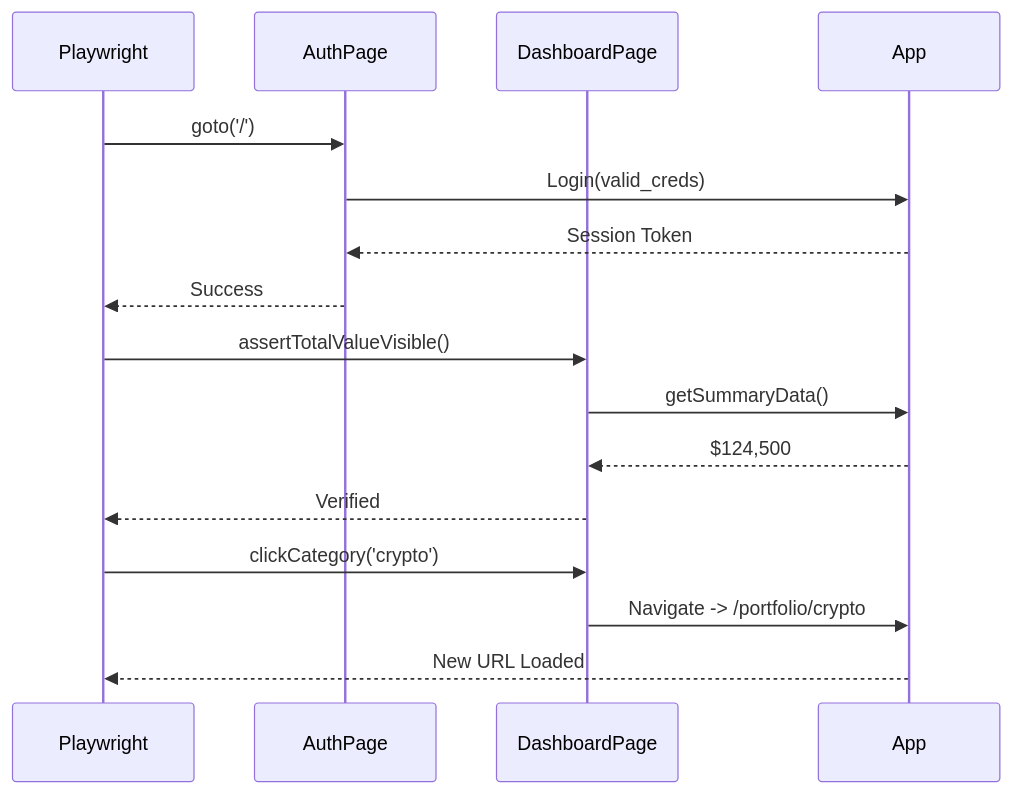
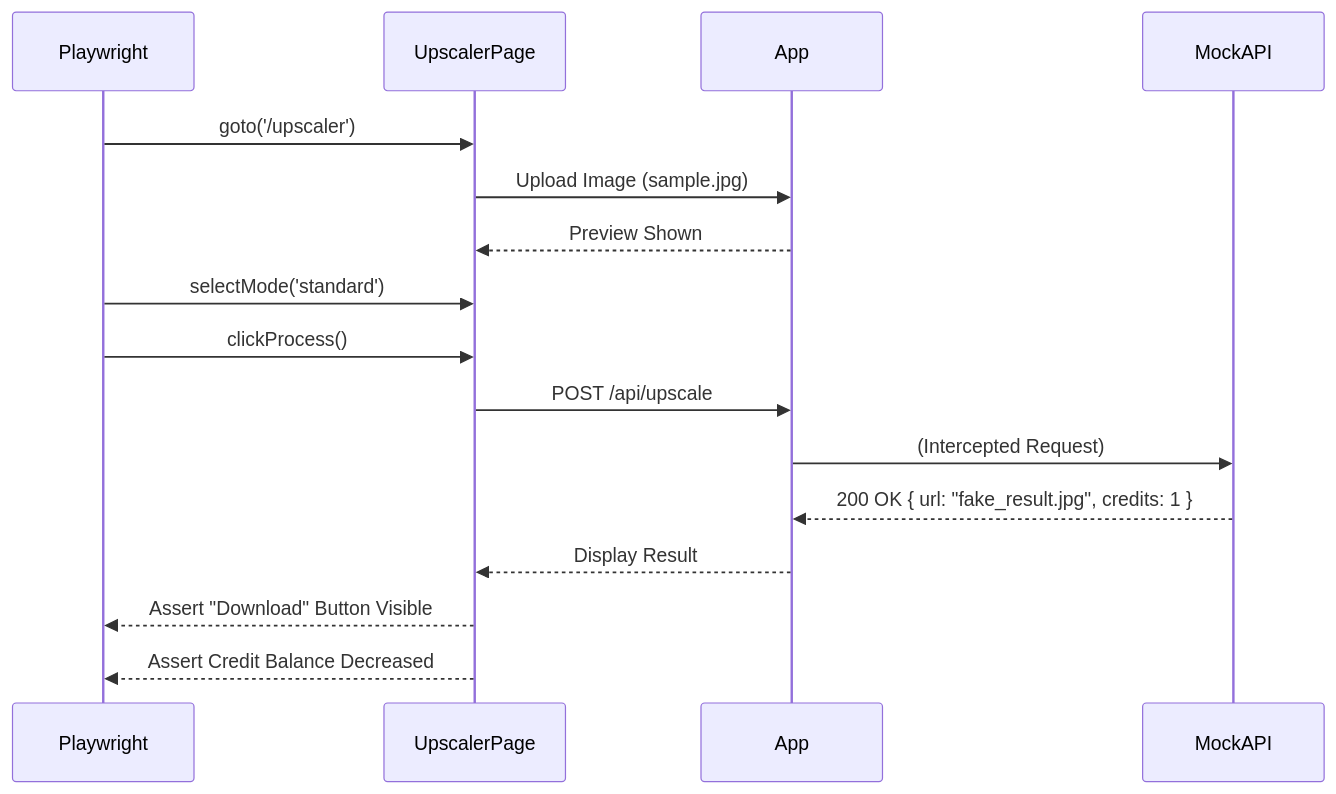
The third of 3 diagrams in docs/plans/002-e2e-testing-strategy.md (jonit-dev/pixelperfect), drawn with Mermaid before and after one commit. The commit also changed other lines of this file and 9 other files, not shown here.

````diff
--- a/docs/plans/002-e2e-testing-strategy.md
+++ b/docs/plans/002-e2e-testing-strategy.md
@@ -106,21 +110,22 @@
 ```mermaid
 sequenceDiagram
     participant Test as Playwright
-    participant Auth as AuthPage
-    participant Dash as DashboardPage
+    participant Page as UpscalerPage
     participant App
+    participant MockAPI
 
-    Test->>Auth: goto('/')
-    Auth->>App: Login(valid_creds)
-    App-->>Auth: Session Token
-    Auth-->>Test: Success
+    Test->>Page: goto('/upscaler')
+    Page->>App: Upload Image (sample.jpg)
+    App-->>Page: Preview Shown
 
-    Test->>Dash: assertTotalValueVisible()
-    Dash->>App: getSummaryData()
-    App-->>Dash: $124,500
-    Dash-->>Test: Verified
+    Test->>Page: selectMode('standard')
+    Test->>Page: clickProcess()
 
-    Test->>Dash: clickCategory('crypto')
-    Dash->>App: Navigate -> /portfolio/crypto
-    App-->>Test: New URL Loaded
+    Page->>App: POST /api/upscale
+    App->>MockAPI: (Intercepted Request)
+    MockAPI-->>App: 200 OK { url: "fake_result.jpg", credits: 1 }
+
+    App-->>Page: Display Result
+    Page-->>Test: Assert "Download" Button Visible
+    Page-->>Test: Assert Credit Balance Decreased
 ```
````
